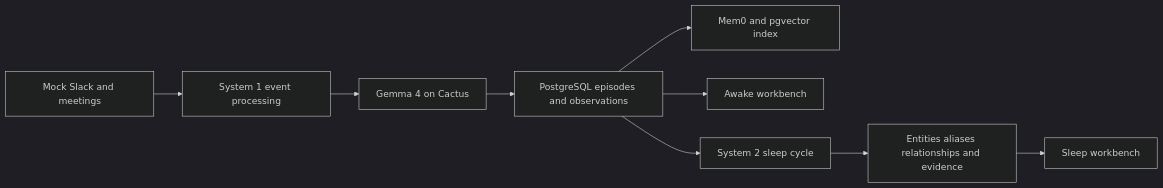
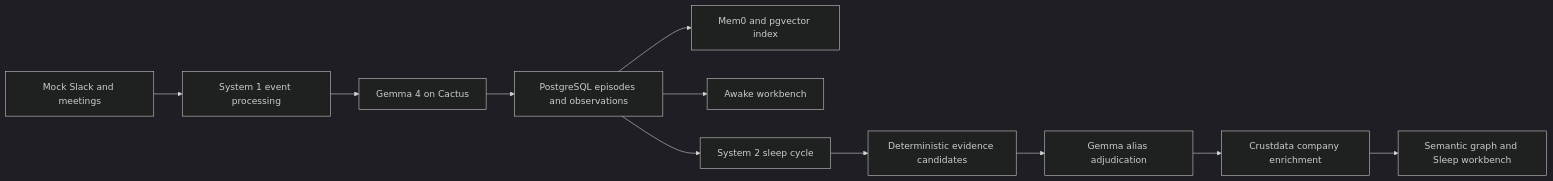
The diagram in README.md (devabhixda/Synapse), drawn with Mermaid (dark theme) before and after one commit. The commit also changed other lines of this file and 3 other files, not shown here.

Commit message:
feat: show external enrichment in Sleep view

````diff
--- a/README.md
+++ b/README.md
@@ -11,11 +12,13 @@
 ```mermaid
 flowchart LR
 	A[Mock Slack and meetings] --> B[System 1 event processing]
 	B --> C[Gemma 4 on Cactus]
 	C --> D[PostgreSQL episodes and observations]
 	D --> E[Mem0 and pgvector index]
 	D --> F[Awake workbench]
 	D --> G[System 2 sleep cycle]
-	G --> H[Entities aliases relationships and evidence]
-	H --> I[Sleep workbench]
+	G --> H[Deterministic evidence candidates]
+	H --> I[Gemma alias adjudication]
+	I --> J[Crustdata company enrichment]
+	J --> K[Semantic graph and Sleep workbench]
 ```
````
